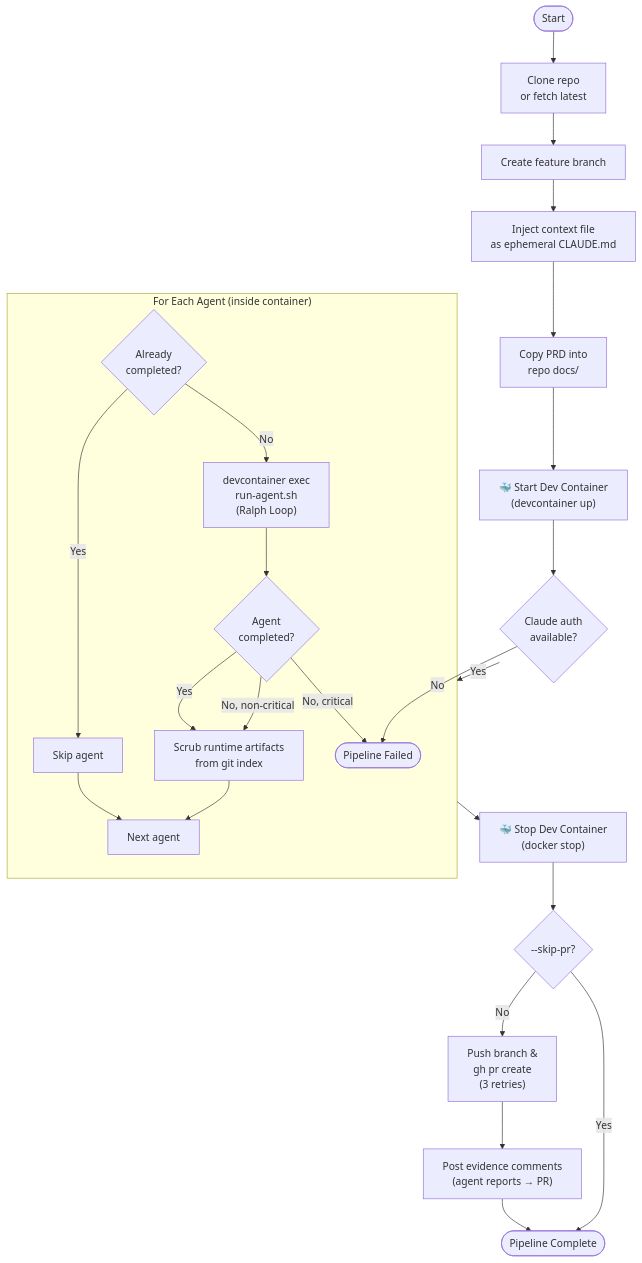
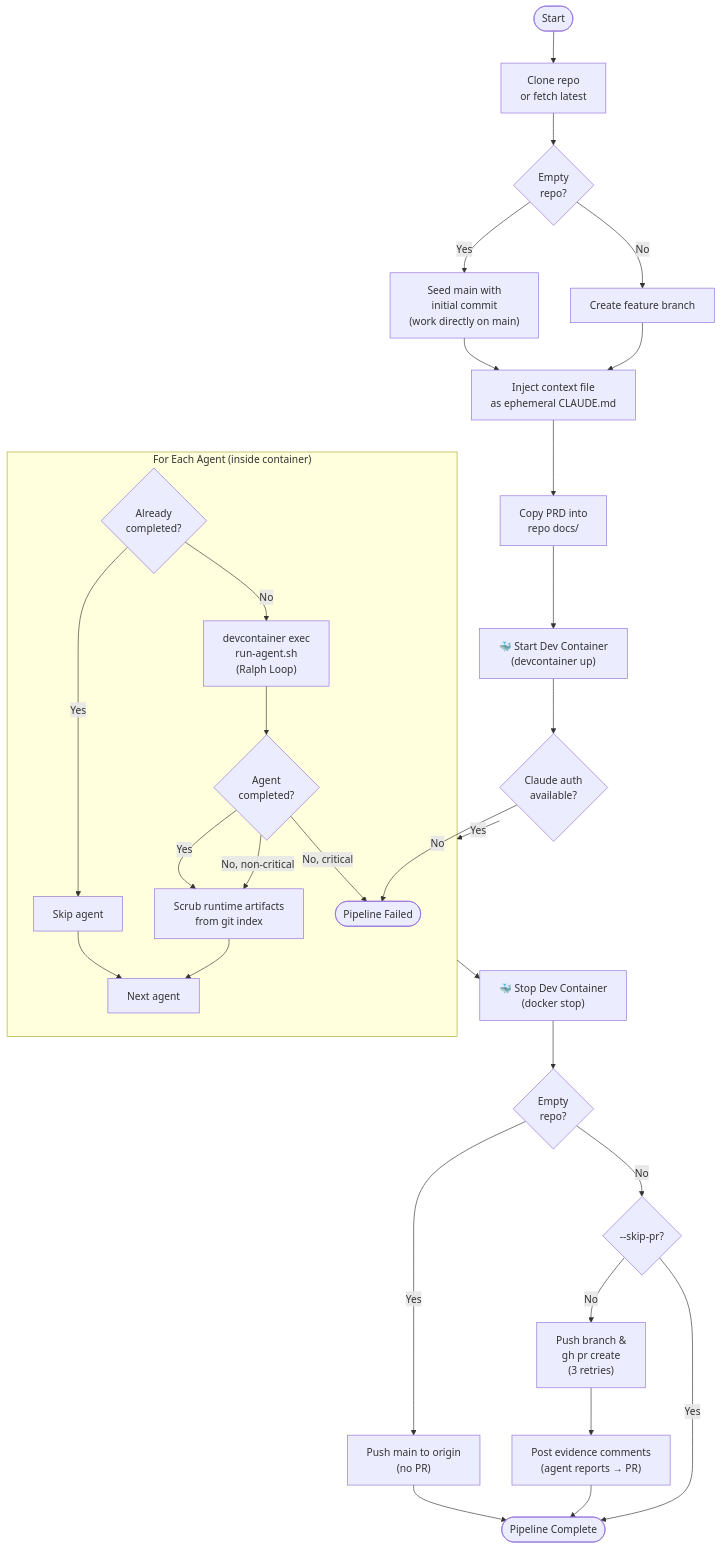
One commit to delehner/wisp changed the fourth of 6 diagrams in docs/pipeline-overview.md. Above: the diagram before and after it, drawn with Mermaid. The commit also changed other lines of this file and 8 other files, not shown here.

````diff
--- a/docs/pipeline-overview.md
+++ b/docs/pipeline-overview.md
@@ -127,30 +143,36 @@
 ```mermaid
 flowchart TD
     Start([Start]) --> Clone[Clone repo\nor fetch latest]
-    Clone --> Branch[Create feature branch]
+    Clone --> EmptyCheck{Empty\nrepo?}
+    EmptyCheck -->|Yes| SeedMain["Seed main with\ninitial commit\n(work directly on main)"]
+    EmptyCheck -->|No| Branch[Create feature branch]
+    SeedMain --> InjectCtx
     Branch --> InjectCtx[Inject context file\nas ephemeral CLAUDE.md]
     InjectCtx --> CopyPRD[Copy PRD into\nrepo docs/]
     CopyPRD --> StartDC["🐳 Start Dev Container\n(devcontainer up)"]
     StartDC --> AuthCheck{"Claude auth\navailable?"}
     AuthCheck -->|No| Fail([Pipeline Failed])
     AuthCheck -->|Yes| Loop
 
     subgraph Loop["For Each Agent (inside container)"]
         Check{Already\ncompleted?}
         Check -->|Yes| Skip[Skip agent]
         Check -->|No| Run["devcontainer exec\nrun-agent.sh\n(Ralph Loop)"]
         Run --> ValidateOut{Agent\ncompleted?}
         ValidateOut -->|Yes| Cleanup["Scrub runtime artifacts\nfrom git index"]
         ValidateOut -->|No, non-critical| Cleanup
         ValidateOut -->|No, critical| Fail([Pipeline Failed])
         Cleanup --> Next[Next agent]
         Skip --> Next
     end
 
     Loop --> StopDC["🐳 Stop Dev Container\n(docker stop)"]
-    StopDC --> CreatePR{--skip-pr?}
+    StopDC --> WasEmpty{Empty\nrepo?}
+    WasEmpty -->|Yes| PushMain["Push main to origin\n(no PR)"]
+    WasEmpty -->|No| CreatePR{--skip-pr?}
     CreatePR -->|No| PR["Push branch &\ngh pr create\n(3 retries)"]
     PR --> Evidence["Post evidence comments\n(agent reports → PR)"]
     CreatePR -->|Yes| Done
+    PushMain --> Done
     Evidence --> Done([Pipeline Complete])
 ```
````
